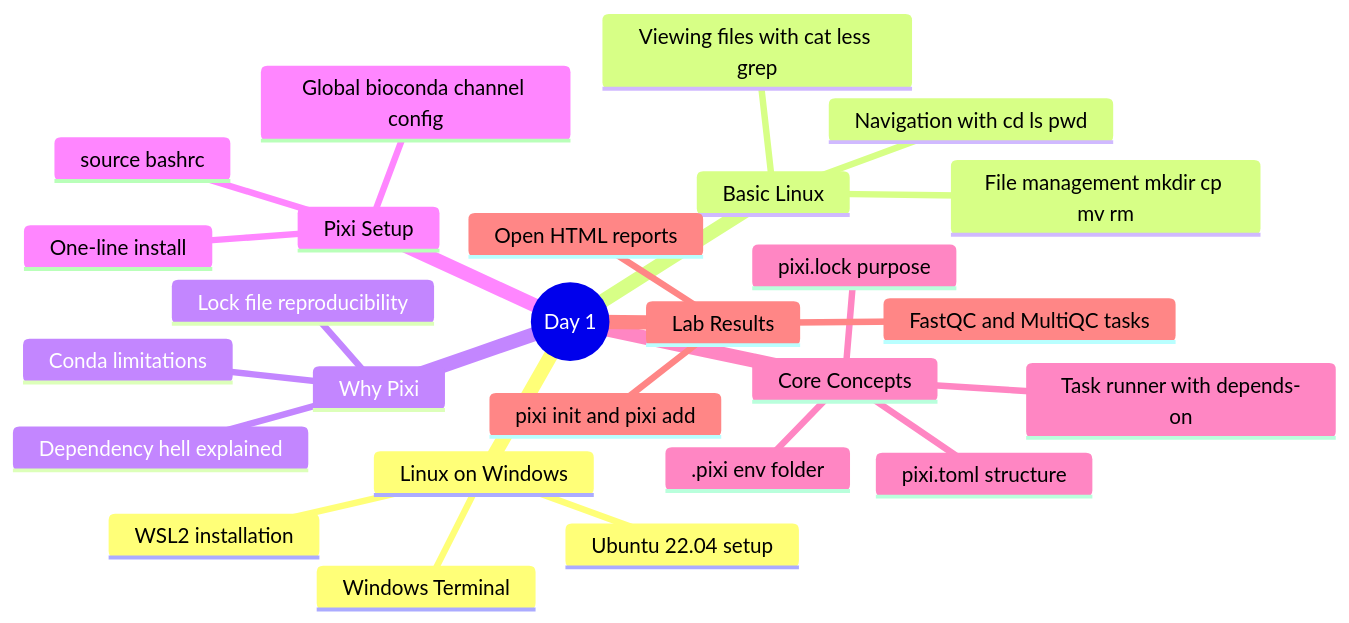
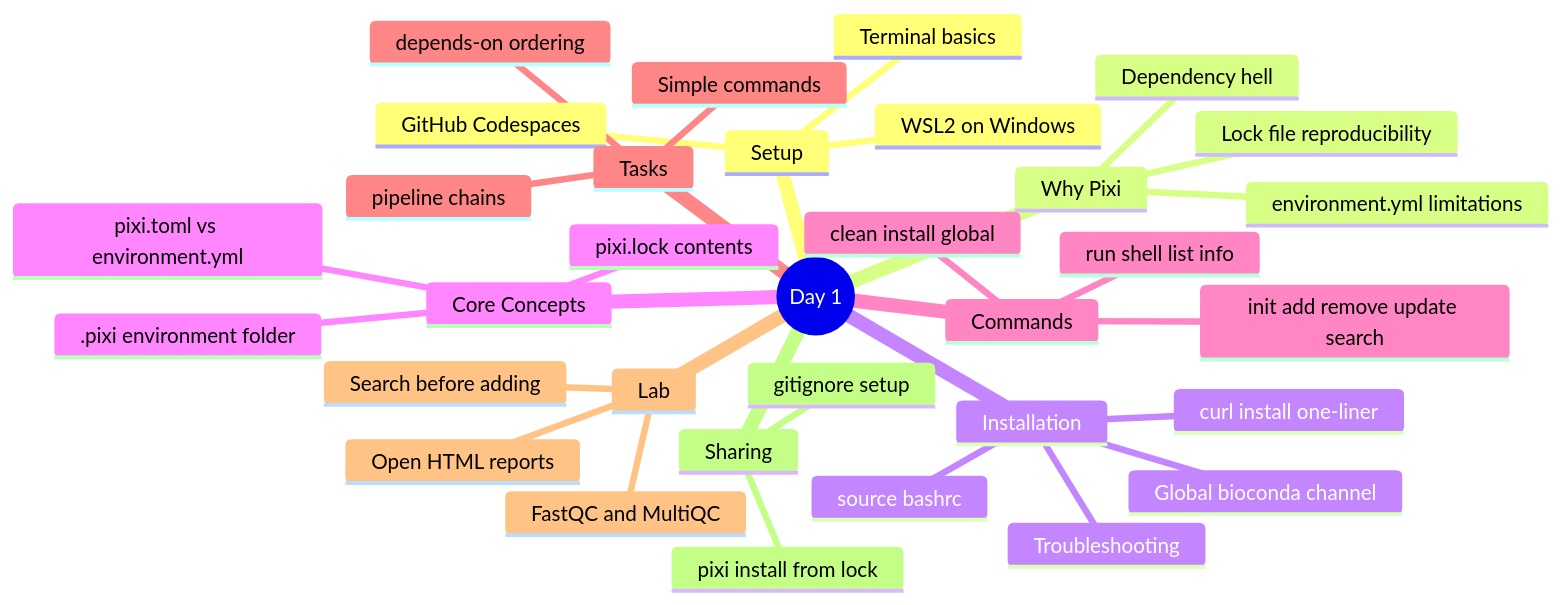
The eighth of 8 diagrams in docs/day1_pixi_tutorial.md (hossainlab/bioinfo_workflow), drawn with Mermaid before and after one commit. The commit also changed other lines of this file, not shown here.

````diff
--- a/docs/day1_pixi_tutorial.md
+++ b/docs/day1_pixi_tutorial.md
@@ -976,29 +1161,36 @@
 ```mermaid
 mindmap
   root((Day 1))
-    Linux on Windows
-      WSL2 installation
-      Ubuntu 22.04 setup
-      Windows Terminal
-    Basic Linux
-      Navigation with cd ls pwd
-      File management mkdir cp mv rm
-      Viewing files with cat less grep
+    Setup
+      GitHub Codespaces
+      WSL2 on Windows
+      Terminal basics
     Why Pixi
-      Dependency hell explained
-      Conda limitations
+      Dependency hell
+      environment.yml limitations
       Lock file reproducibility
-    Pixi Setup
-      One-line install
+    Installation
+      curl install one-liner
       source bashrc
-      Global bioconda channel config
+      Global bioconda channel
+      Troubleshooting
     Core Concepts
-      pixi.toml structure
-      pixi.lock purpose
-      .pixi env folder
-      Task runner with depends-on
-    Lab Results
-      pixi init and pixi add
-      FastQC and MultiQC tasks
+      pixi.toml vs environment.yml
+      pixi.lock contents
+      .pixi environment folder
+    Commands
+      init add remove update search
+      run shell list info
+      clean install global
+    Tasks
+      Simple commands
+      depends-on ordering
+      pipeline chains
+    Lab
+      FastQC and MultiQC
+      Search before adding
       Open HTML reports
+    Sharing
+      gitignore setup
+      pixi install from lock
 ```
````
